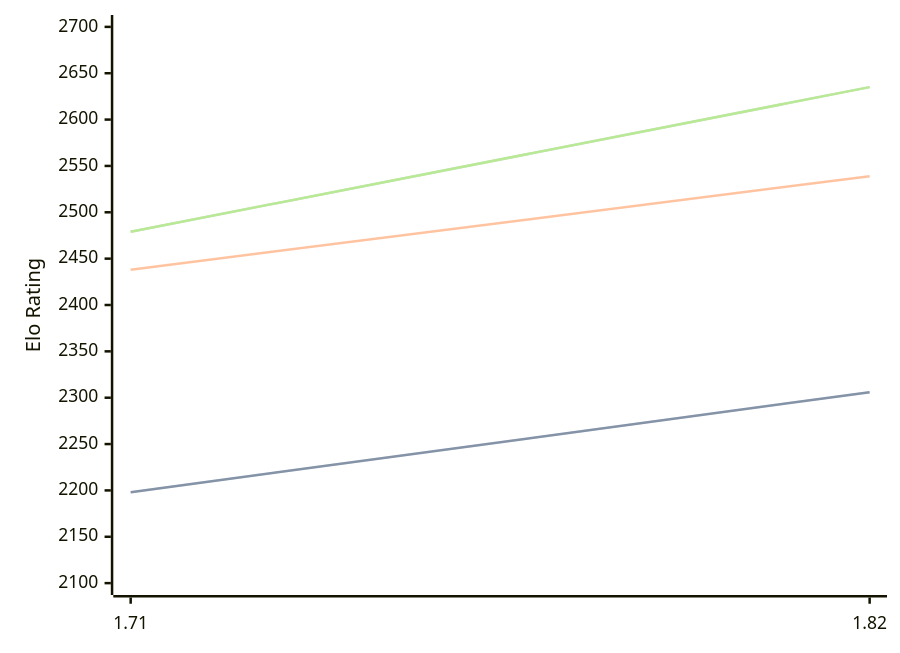
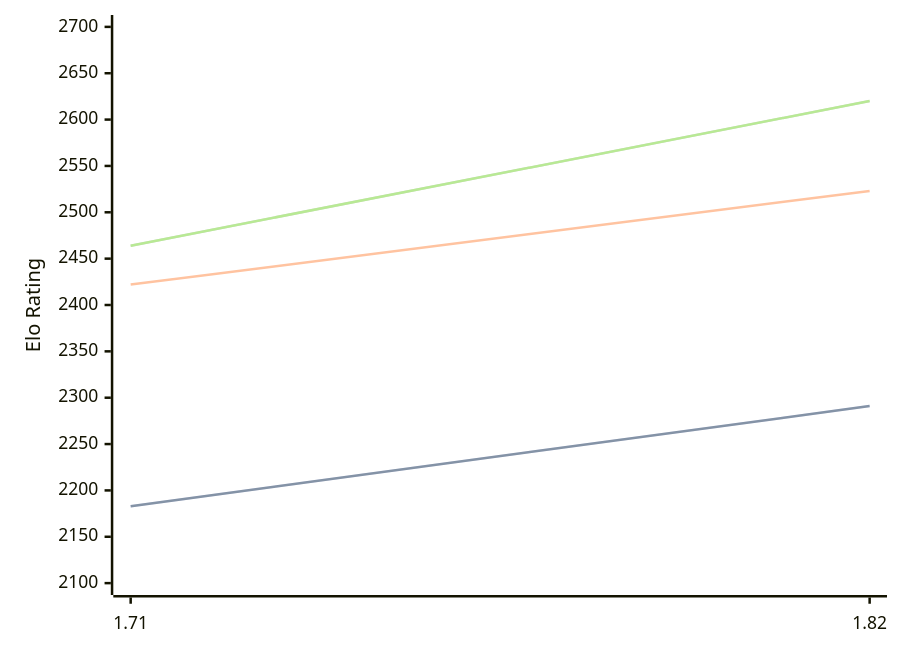
The diagram in engines/Amira.md (computer-chess-index/cci), drawn with Mermaid before and after one commit. The commit also changed other lines of this file, not shown here.

Commit message:
Update CCI Ratings (ELO VLTC) - 2026-05-20

````diff
--- a/engines/Amira.md
+++ b/engines/Amira.md
@@ -35,11 +35,11 @@
 ```mermaid
 %%{init: {"theme":"base","themeVariables":{"seriesColors:['#a3a3a3','#222221','#faa371']}}}%%
 xychart-beta
   x-axis ["1.71", "1.82"]
   y-axis "Elo Rating" 2100 --> 2700
-  line "STC (8.0+0.08s)" [2198, 2306]
-  line "STC (8.0+0.08s)" [2198, 2306]
-  line "LTC (60.0+0.60s)" [2438, 2539]
-  line "VLTC (2m24s+1.12s)" [2479, 2635]
-  line "VLTC (2m24s+1.12s)" [2479, 2635]
+  line "STC (8.0+0.08s)" [2183, 2291]
+  line "STC (8.0+0.08s)" [2183, 2291]
+  line "LTC (60.0+0.60s)" [2422, 2523]
+  line "VLTC (2m24s+1.12s)" [2464, 2620]
+  line "VLTC (2m24s+1.12s)" [2464, 2620]
 ```
````
